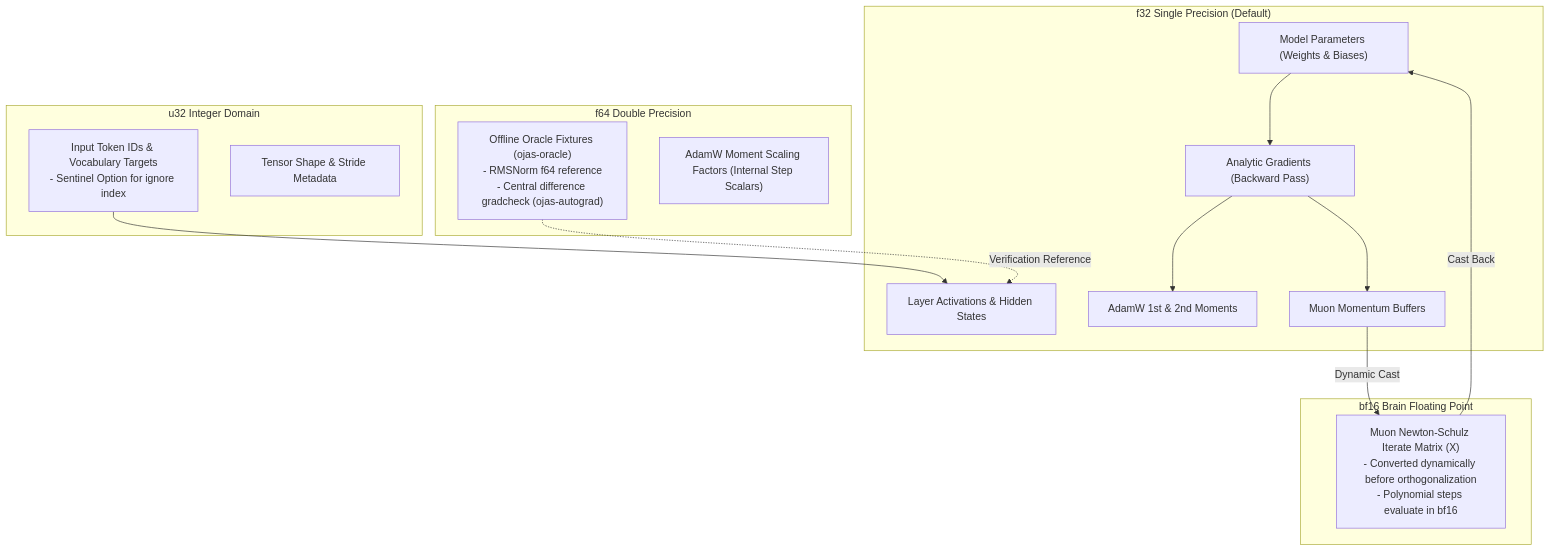
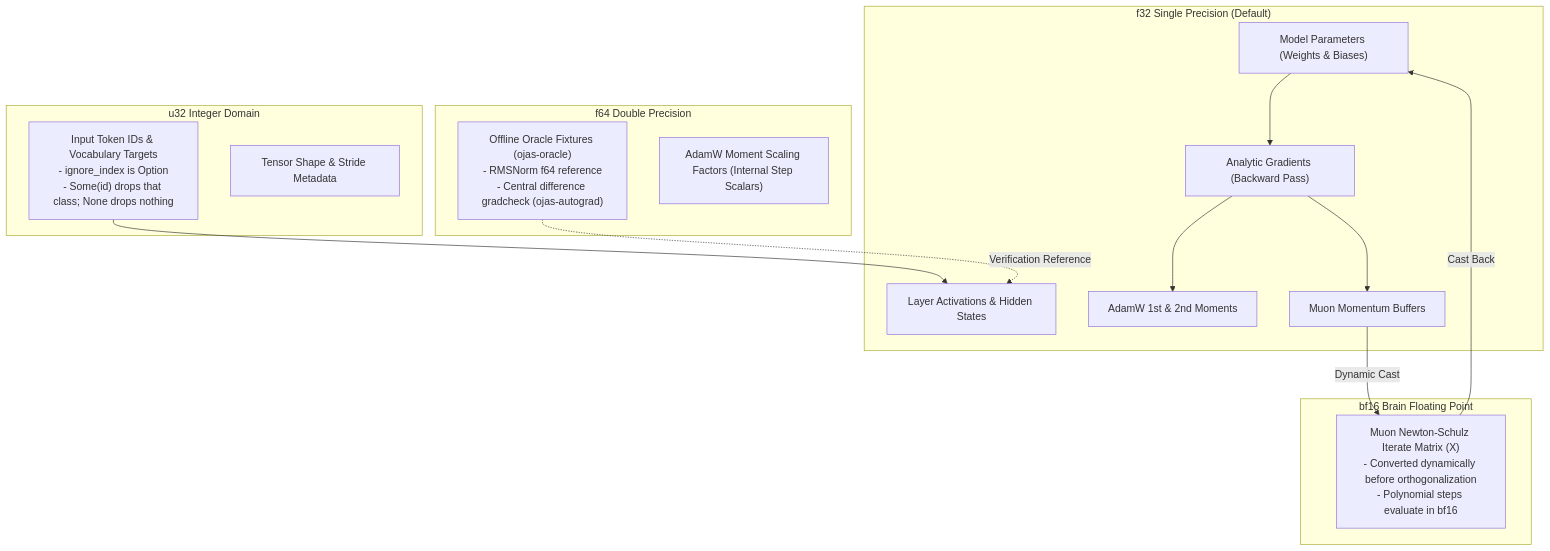
The first of 2 diagrams in docs/dtype-policy.md (bharathvbcr/ojas), drawn with Mermaid before and after one commit. The commit also changed other lines of this file and 15 other files, not shown here.

````diff
--- a/docs/dtype-policy.md
+++ b/docs/dtype-policy.md
@@ -9,32 +9,32 @@
 ```mermaid
 flowchart TD
     subgraph F32Domain["f32 Single Precision (Default)"]
         Params["Model Parameters (Weights & Biases)"]
         Acts["Layer Activations & Hidden States"]
         Grads["Analytic Gradients (Backward Pass)"]
         AdamWStates["AdamW 1st & 2nd Moments"]
         MuonMom["Muon Momentum Buffers"]
     end
 
     subgraph BF16Domain["bf16 Brain Floating Point"]
         NSIterate["Muon Newton-Schulz Iterate Matrix (X)\n- Converted dynamically before orthogonalization\n- Polynomial steps evaluate in bf16"]
     end
 
     subgraph U32Domain["u32 Integer Domain"]
-        TokenIDs["Input Token IDs & Vocabulary Targets\n- Sentinel Option<u32> for ignore index"]
+        TokenIDs["Input Token IDs & Vocabulary Targets\n- ignore_index is Option<u32>\n- Some(id) drops that class; None drops nothing"]
         Dimensions["Tensor Shape & Stride Metadata"]
     end
 
     subgraph F64Domain["f64 Double Precision"]
         Oracles["Offline Oracle Fixtures (ojas-oracle)\n- RMSNorm f64 reference\n- Central difference gradcheck (ojas-autograd)"]
         Scalars["AdamW Moment Scaling Factors (Internal Step Scalars)"]
     end
 
     Params --> Grads
     Grads --> AdamWStates
     Grads --> MuonMom
     MuonMom -->|Dynamic Cast| NSIterate
     NSIterate -->|Cast Back| Params
     TokenIDs --> Acts
     Oracles -.->|Verification Reference| Acts
 ```
````
